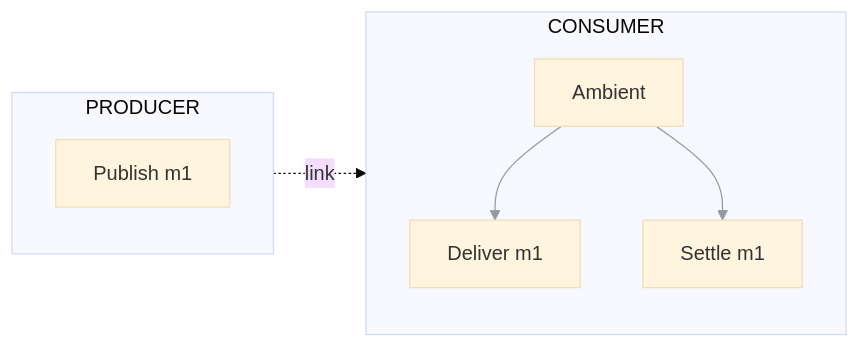
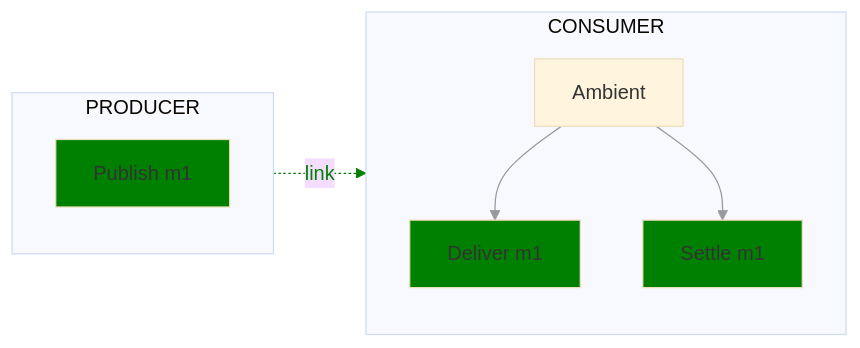
The fifth of 13 diagrams in text/trace/0220-messaging-semantic-conventions-span-structure.md (open-telemetry/oteps), drawn with Mermaid (base theme) before and after one commit. The commit also changed other lines of this file, not shown here.

Commit message:
Fix mermaid colors

````diff
--- a/text/trace/0220-messaging-semantic-conventions-span-structure.md
+++ b/text/trace/0220-messaging-semantic-conventions-span-structure.md
@@ -355,17 +367,20 @@
 ```mermaid
 flowchart LR;
   subgraph PRODUCER
   direction TB
   PM1[Publish m1]
   end
   subgraph CONSUMER
   direction TB
   A[Ambient]-->DM1[Deliver m1]
   A-->S1[Settle m1]
   end
   PM1-. link .->DM1;
 
+  classDef normal fill:green
+  class PM1,DM1,S1 normal
   classDef additional opacity:0.4
   class additional A
   linkStyle 0,1 opacity:0.4
+  linkStyle 2 color:green,stroke:green
 ```
````
